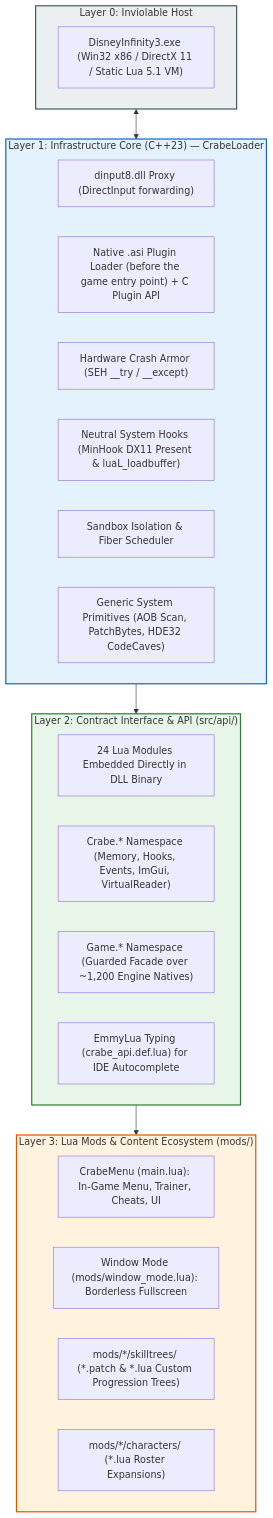
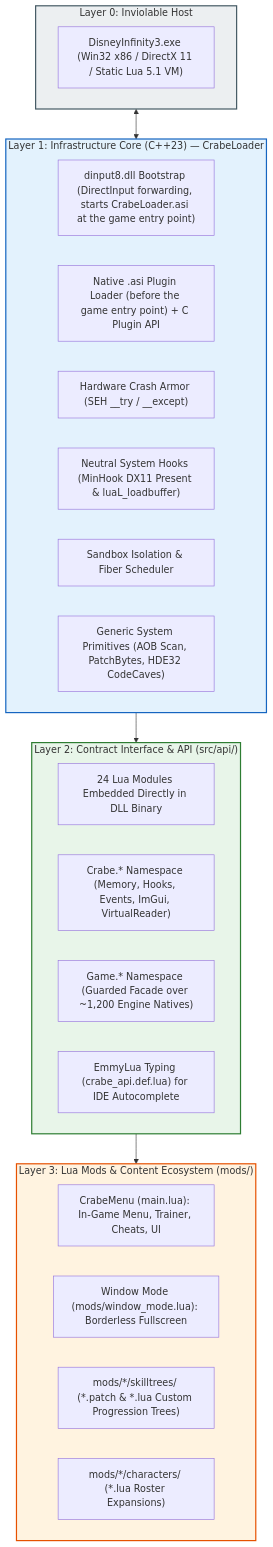
Before and after one commit to LucasLhomme/CrabeLoader: the first of 2 diagrams in docs/ARCHITECTURE_BLUEPRINT.md, drawn with Mermaid. The commit also changed 41 other files, not shown here.

````diff
--- a/docs/ARCHITECTURE_BLUEPRINT.md
+++ b/docs/ARCHITECTURE_BLUEPRINT.md
@@ -102,38 +102,38 @@
 ```mermaid
 flowchart TD
     subgraph L0["Layer 0: Inviolable Host"]
         GAME["DisneyInfinity3.exe (Win32 x86 / DirectX 11 / Static Lua 5.1 VM)"]
     end
 
     subgraph L1["Layer 1: Infrastructure Core (C++23) — CrabeLoader"]
-        INJECT["dinput8.dll Proxy (DirectInput forwarding)"]
+        INJECT["dinput8.dll Bootstrap (DirectInput forwarding, starts CrabeLoader.asi at the game entry point)"]
         ASI["Native .asi Plugin Loader (before the game entry point) + C Plugin API"]
         SEH["Hardware Crash Armor (SEH __try / __except)"]
         HOOKS["Neutral System Hooks (MinHook DX11 Present & luaL_loadbuffer)"]
         SANDBOX_CORE["Sandbox Isolation & Fiber Scheduler"]
         PRIMITIVES["Generic System Primitives (AOB Scan, PatchBytes, HDE32 CodeCaves)"]
     end
 
     subgraph L2["Layer 2: Contract Interface & API (src/api/)"]
         EMBED_API["24 Lua Modules Embedded Directly in DLL Binary"]
         CRABE_SURFACE["Crabe.* Namespace (Memory, Hooks, Events, ImGui, VirtualReader)"]
         GAME_SURFACE["Game.* Namespace (Guarded Facade over ~1,200 Engine Natives)"]
         TYPES["EmmyLua Typing (crabe_api.def.lua) for IDE Autocomplete"]
     end
 
     subgraph L3["Layer 3: Lua Mods & Content Ecosystem (mods/)"]
         CRABEMENU["CrabeMenu (main.lua): In-Game Menu, Trainer, Cheats, UI"]
         WINDOW_MODE["Window Mode (mods/window_mode.lua): Borderless Fullscreen"]
         CUSTOM_SKILLS["mods/*/skilltrees/ (*.patch & *.lua Custom Progression Trees)"]
         CUSTOM_HEROES["mods/*/characters/ (*.lua Roster Expansions)"]
     end
 
     L0 <--> L1
     L1 --> L2
     L2 --> L3
 
     style L0 fill:#eceff1,stroke:#455a64,stroke-width:2px;
     style L1 fill:#e3f2fd,stroke:#1565c0,stroke-width:2px;
     style L2 fill:#e8f5e9,stroke:#2e7d32,stroke-width:2px;
     style L3 fill:#fff3e0,stroke:#e65100,stroke-width:2px;
 ```
````
